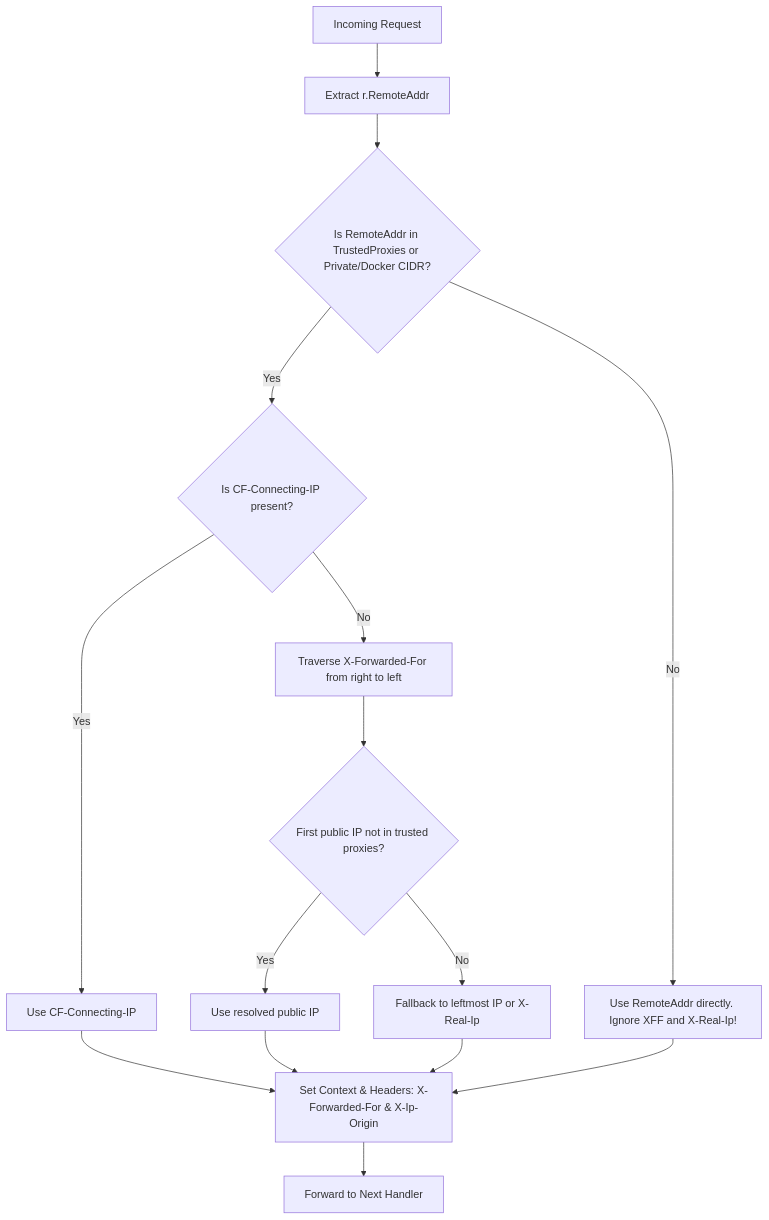
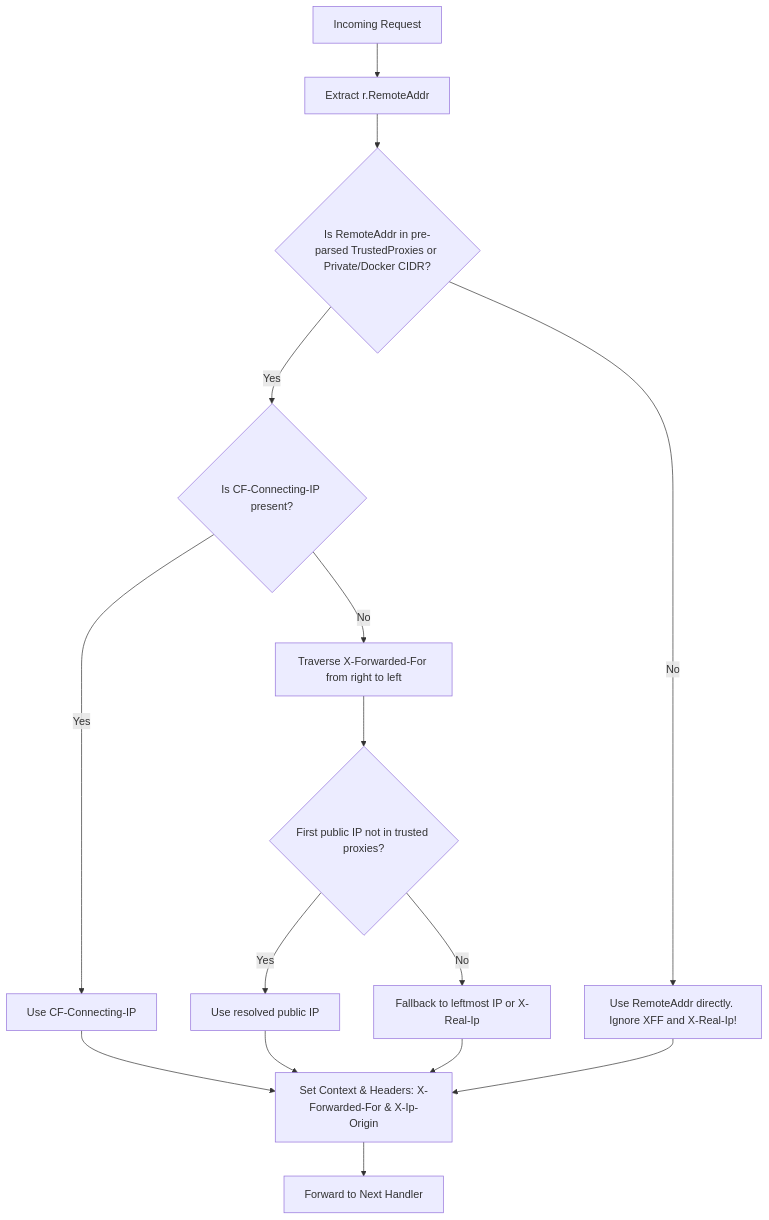
One commit to Jkenyut/nvx-go-middleware changed the fourth of 4 diagrams in docs/ARCHITECTURE.md. Above: the diagram before and after it, drawn with Mermaid. The commit also changed other lines of this file and 6 other files, not shown here.

````diff
--- a/docs/ARCHITECTURE.md
+++ b/docs/ARCHITECTURE.md
@@ -177,21 +179,21 @@
 ```mermaid
 flowchart TD
     Start[Incoming Request] --> GetRemote[Extract r.RemoteAddr]
-    GetRemote --> CheckTrust{Is RemoteAddr in TrustedProxies or Private/Docker CIDR?}
+    GetRemote --> CheckTrust{Is RemoteAddr in pre-parsed TrustedProxies or Private/Docker CIDR?}
     
     CheckTrust -- No --> Untrusted[Use RemoteAddr directly. Ignore XFF and X-Real-Ip!]
     CheckTrust -- Yes --> CheckCF{Is CF-Connecting-IP present?}
     
     CheckCF -- Yes --> SetCF[Use CF-Connecting-IP]
     CheckCF -- No --> LoopXFF[Traverse X-Forwarded-For from right to left]
     
     LoopXFF --> FoundPublic{First public IP not in trusted proxies?}
     FoundPublic -- Yes --> SetPublic[Use resolved public IP]
     FoundPublic -- No --> Fallback[Fallback to leftmost IP or X-Real-Ip]
     
     SetCF --> Apply[Set Context & Headers: X-Forwarded-For & X-Ip-Origin]
     SetPublic --> Apply
     Fallback --> Apply
     Untrusted --> Apply
     Apply --> End[Forward to Next Handler]
 ```
````
